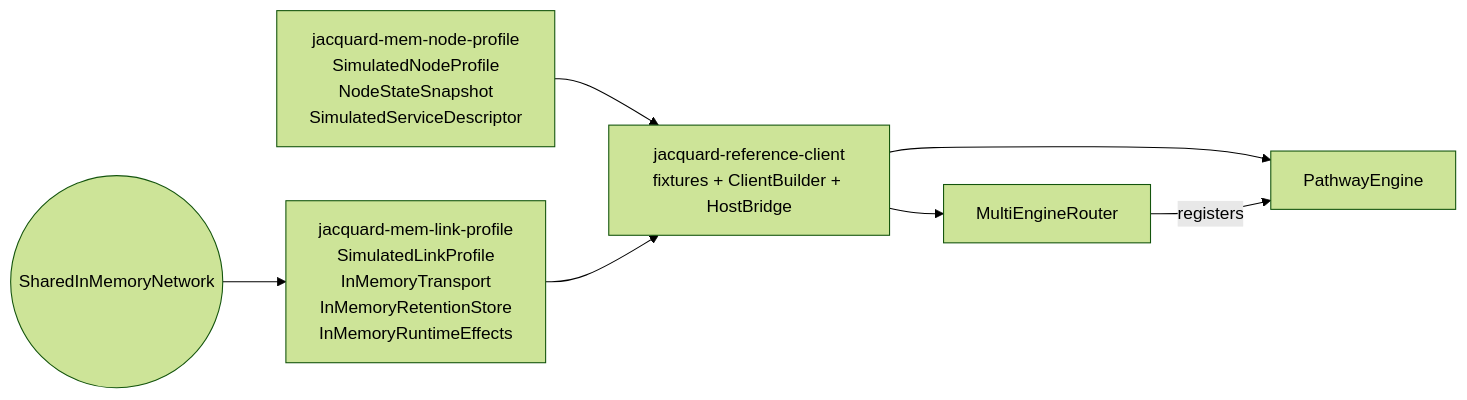
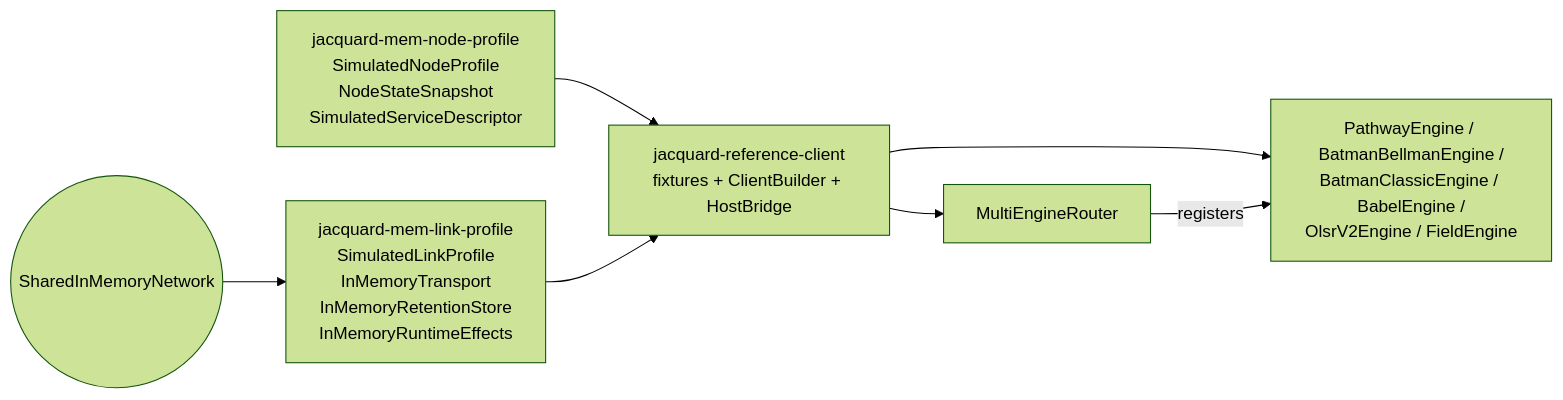
The diagram in docs/404_profile_reference.md (hxrts/jacquard), drawn with Mermaid (forest theme) before and after one commit. The commit also changed other lines of this file and 1 other file, not shown here.

Commit message:
Update profile reference and simulator docs for six-engine architecture
- 404: Update ClientBuilder description and mermaid diagram to show all
  six engines. Update service descriptor tag examples. Remove
  pathway-only phrasing.
- 501: List all engine lanes instead of only two. Add AsymmetricDegradation
  and CascadePartition to environment hook list. Update artifact path
  from artifacts/tuning/ to artifacts/analysis/. Update starter path
  command to tuning_matrix binary.

````diff
--- a/docs/404_profile_reference.md
+++ b/docs/404_profile_reference.md
@@ -26,16 +26,16 @@
 ```mermaid
 graph LR
   NodeProfile[jacquard-mem-node-profile<br/>SimulatedNodeProfile<br/>NodeStateSnapshot<br/>SimulatedServiceDescriptor]
   LinkProfile[jacquard-mem-link-profile<br/>SimulatedLinkProfile<br/>InMemoryTransport<br/>InMemoryRetentionStore<br/>InMemoryRuntimeEffects]
   Network((SharedInMemoryNetwork))
   Ref[jacquard-reference-client<br/>fixtures + ClientBuilder + HostBridge]
   Router[MultiEngineRouter]
-  Pathway[PathwayEngine]
+  Engines[PathwayEngine / BatmanBellmanEngine /<br/>BatmanClassicEngine / BabelEngine /<br/>OlsrV2Engine / FieldEngine]
 
   NodeProfile --> Ref
   LinkProfile --> Ref
   Network --> LinkProfile
   Ref --> Router
-  Ref --> Pathway
-  Router -- registers --> Pathway
+  Ref --> Engines
+  Router -- registers --> Engines
 ```
````
